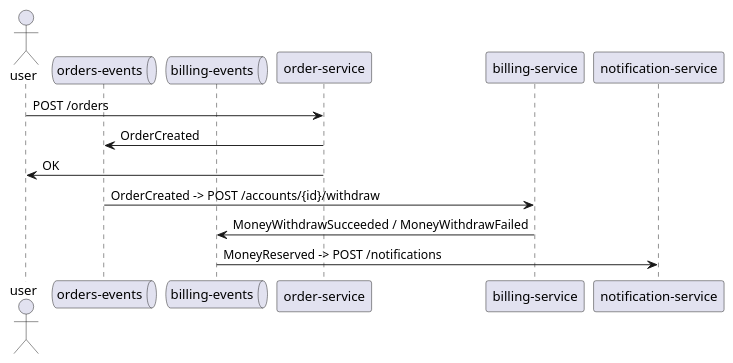
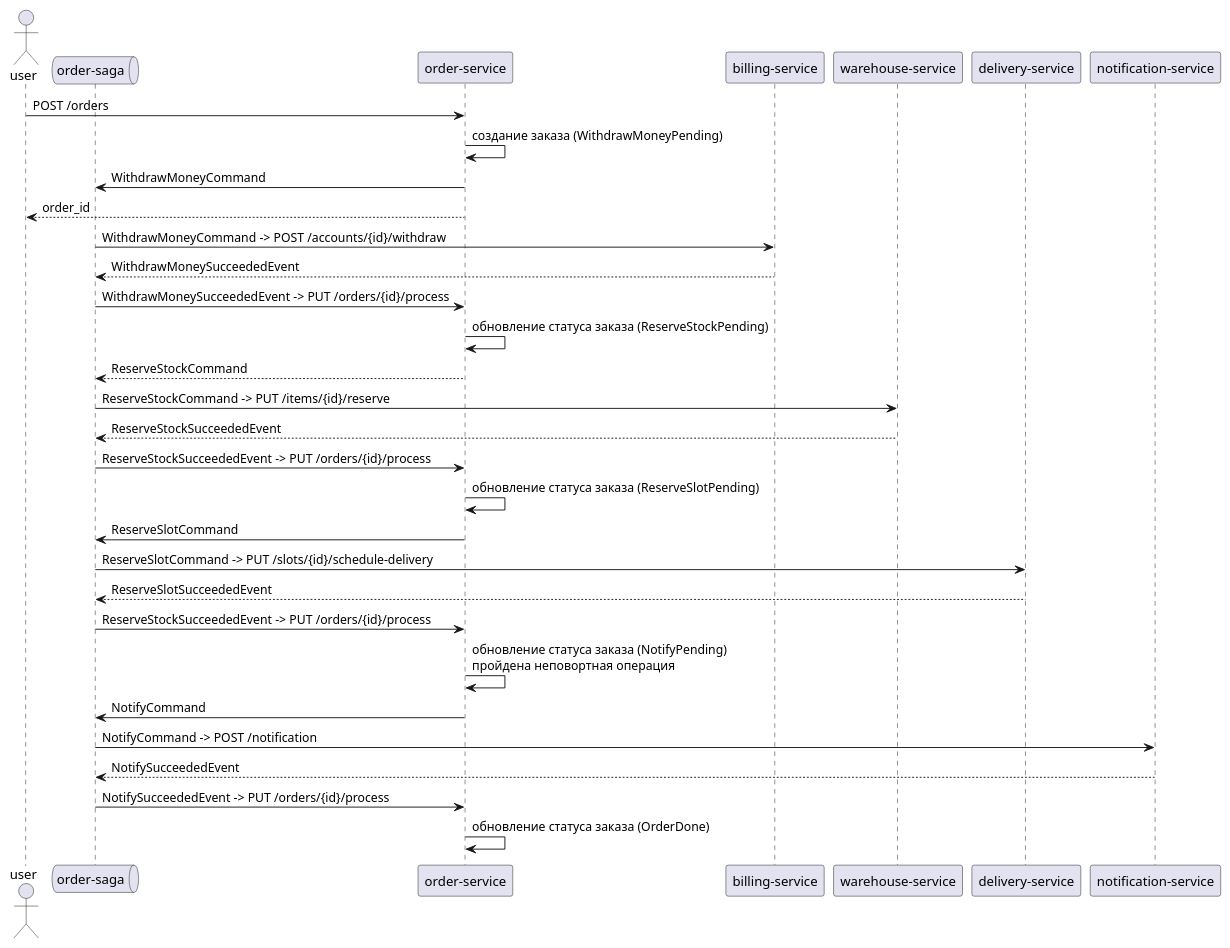
One commit to hihoak/otus-microservices-architect changed the diagram in docs/usecases/create-order/create_order.puml. Above: the diagram before and after it, drawn with PlantUML. The commit also changed 42 other files, not shown here.

```diff
--- a/docs/usecases/create-order/create_order.puml
+++ b/docs/usecases/create-order/create_order.puml
@@ -1,14 +1,36 @@
 @startuml
 actor user as user
-queue "orders-events" as orders_kafka
-queue "billing-events" as billing_kafka
+queue "order-saga" as order_saga_kafka
 
 user -> "order-service" : POST /orders
-"order-service" -> orders_kafka : OrderCreated
-"order-service" -> user : OK
+"order-service" -> "order-service" : создание заказа (WithdrawMoneyPending)
+"order-service" -> order_saga_kafka : WithdrawMoneyCommand
+"order-service" --> user : order_id
 
-orders_kafka -> "billing-service" : OrderCreated -> POST /accounts/{id}/withdraw
-"billing-service" -> billing_kafka : MoneyWithdrawSucceeded / MoneyWithdrawFailed
+order_saga_kafka -> "billing-service" : WithdrawMoneyCommand -> POST /accounts/{id}/withdraw
+"billing-service" --> order_saga_kafka : WithdrawMoneySucceededEvent
 
-billing_kafka -> "notification-service" : MoneyReserved -> POST /notifications
+order_saga_kafka -> "order-service" : WithdrawMoneySucceededEvent -> PUT /orders/{id}/process
+"order-service" -> "order-service" : обновление статуса заказа (ReserveStockPending)
+"order-service" --> order_saga_kafka : ReserveStockCommand
+
+order_saga_kafka -> "warehouse-service" : ReserveStockCommand -> PUT /items/{id}/reserve
+"warehouse-service" --> order_saga_kafka : ReserveStockSucceededEvent
+
+order_saga_kafka -> "order-service" : ReserveStockSucceededEvent -> PUT /orders/{id}/process
+"order-service" -> "order-service" : обновление статуса заказа (ReserveSlotPending)
+"order-service" -> order_saga_kafka : ReserveSlotCommand
+
+order_saga_kafka -> "delivery-service" : ReserveSlotCommand -> PUT /slots/{id}/schedule-delivery
+"delivery-service" --> order_saga_kafka : ReserveSlotSucceededEvent
+
+order_saga_kafka -> "order-service" : ReserveStockSucceededEvent -> PUT /orders/{id}/process
+"order-service" -> "order-service" : обновление статуса заказа (NotifyPending)\nпройдена неповортная операция
+"order-service" -> order_saga_kafka : NotifyCommand
+
+order_saga_kafka -> "notification-service" : NotifyCommand -> POST /notification
+"notification-service" --> order_saga_kafka : NotifySucceededEvent
+
+order_saga_kafka -> "order-service" : NotifySucceededEvent -> PUT /orders/{id}/process
+"order-service" -> "order-service" : обновление статуса заказа (OrderDone)
 @enduml
```
